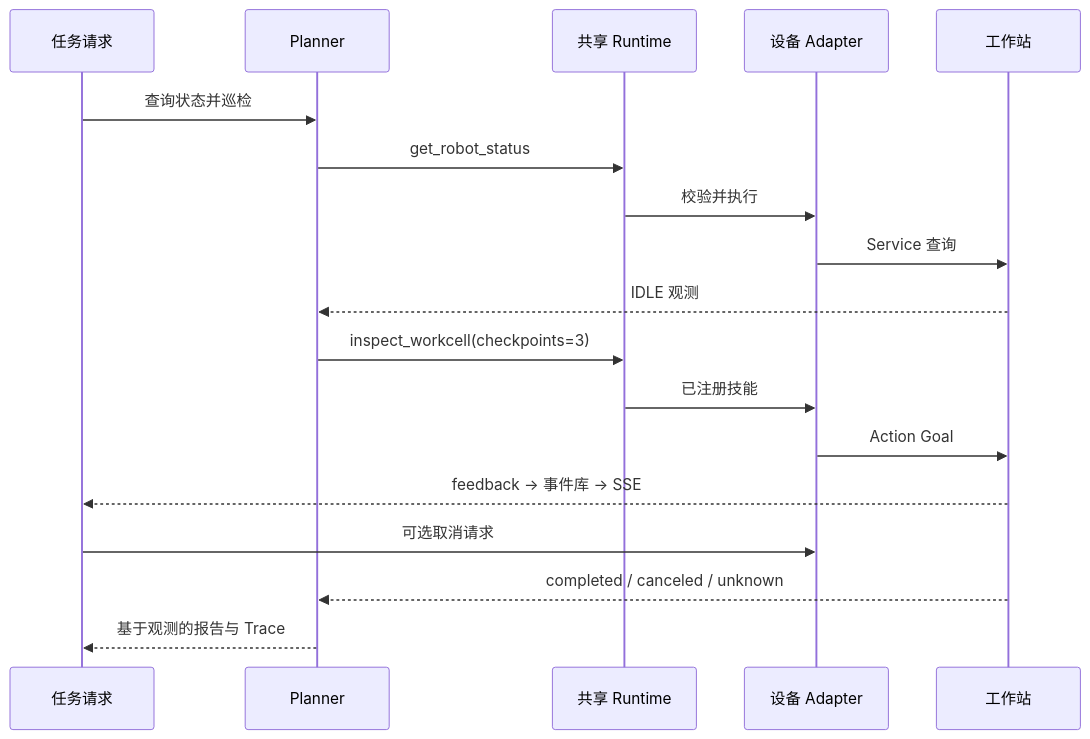
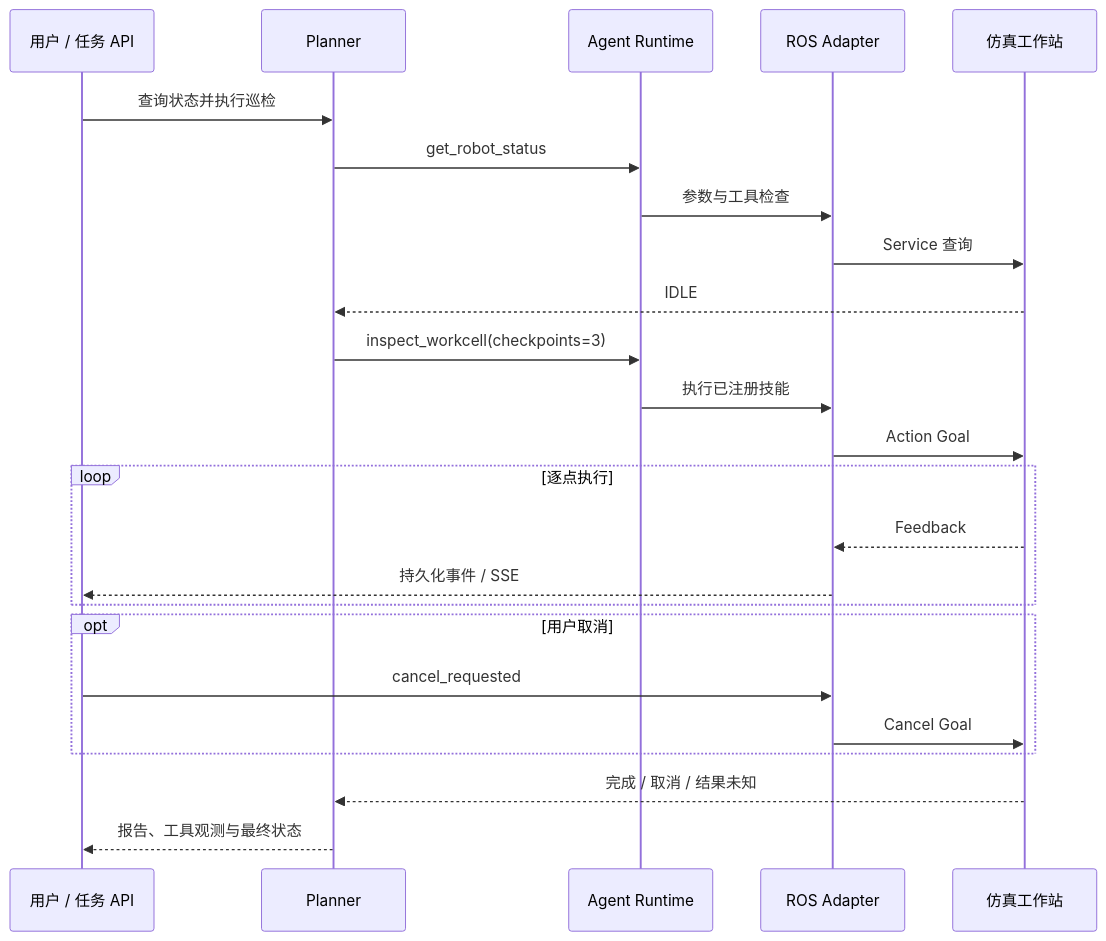
Before and after one commit to KristenYue/telecom-network-incident-agent: the second of 3 diagrams in README.md, drawn with Mermaid. The commit also changed other lines of this file, not shown here.

````diff
--- a/README.md
+++ b/README.md
@@ -40,20 +138,31 @@
 ```mermaid
 sequenceDiagram
-    participant U as 任务请求
+    participant U as 用户 / 任务 API
     participant P as Planner
-    participant R as 共享 Runtime
-    participant A as 设备 Adapter
-    participant D as 工作站
-    U->>P: 查询状态并巡检
+    participant R as Agent Runtime
+    participant A as ROS Adapter
+    participant W as 仿真工作站
+
+    U->>P: 查询状态并执行巡检
     P->>R: get_robot_status
-    R->>A: 校验并执行
-    A->>D: Service 查询
-    D-->>P: IDLE 观测
+    R->>A: 参数与工具检查
+    A->>W: Service 查询
+    W-->>P: IDLE
+
     P->>R: inspect_workcell(checkpoints=3)
-    R->>A: 已注册技能
-    A->>D: Action Goal
-    D-->>U: feedback → 事件库 → SSE
-    U->>A: 可选取消请求
-    D-->>P: completed / canceled / unknown
-    P-->>U: 基于观测的报告与 Trace
+    R->>A: 执行已注册技能
+    A->>W: Action Goal
+
+    loop 逐点执行
+        W-->>A: Feedback
+        A-->>U: 持久化事件 / SSE
+    end
+
+    opt 用户取消
+        U->>A: cancel_requested
+        A->>W: Cancel Goal
+    end
+
+    W-->>P: 完成 / 取消 / 结果未知
+    P-->>U: 报告、工具观测与最终状态
 ```
````
